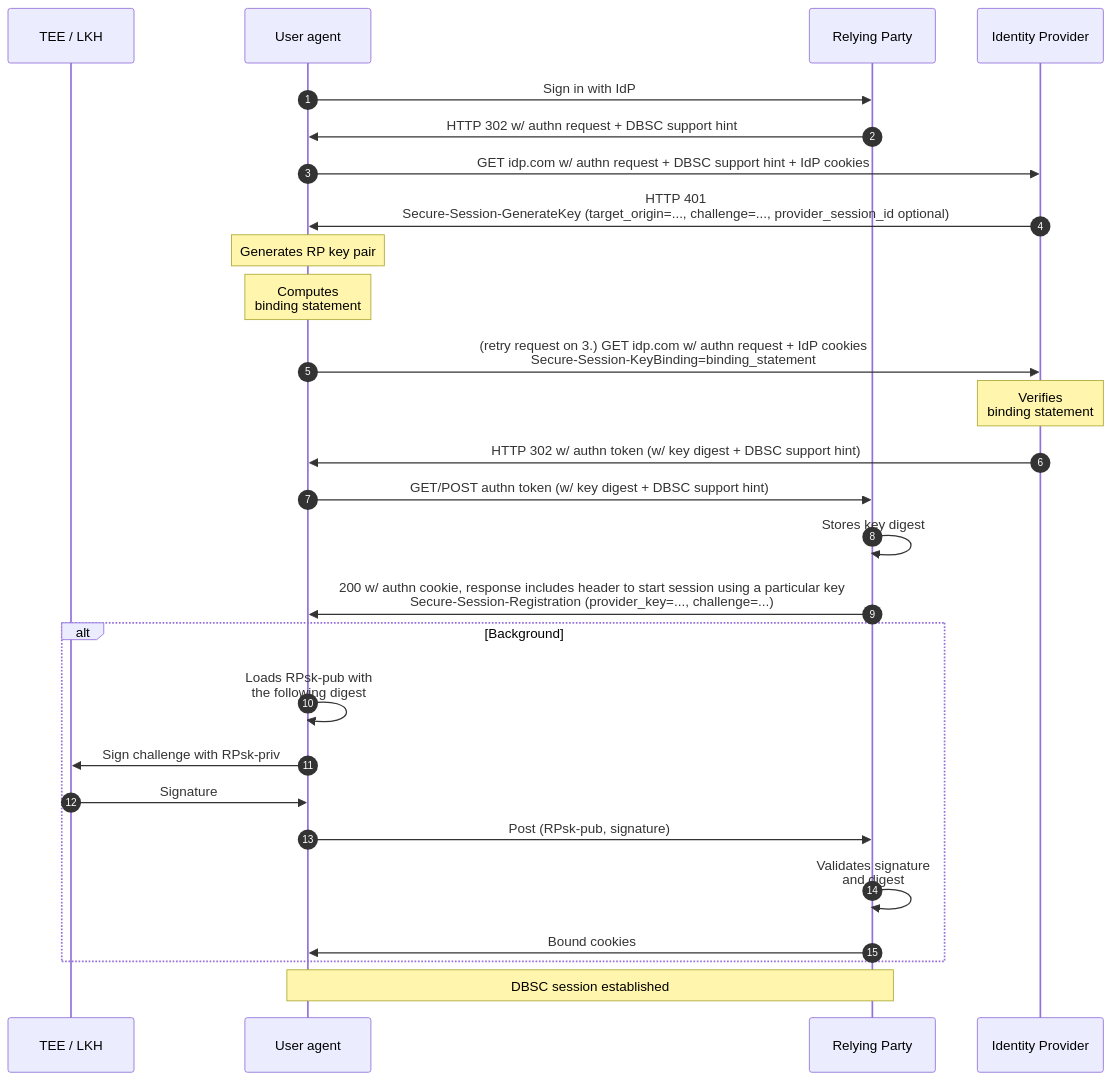
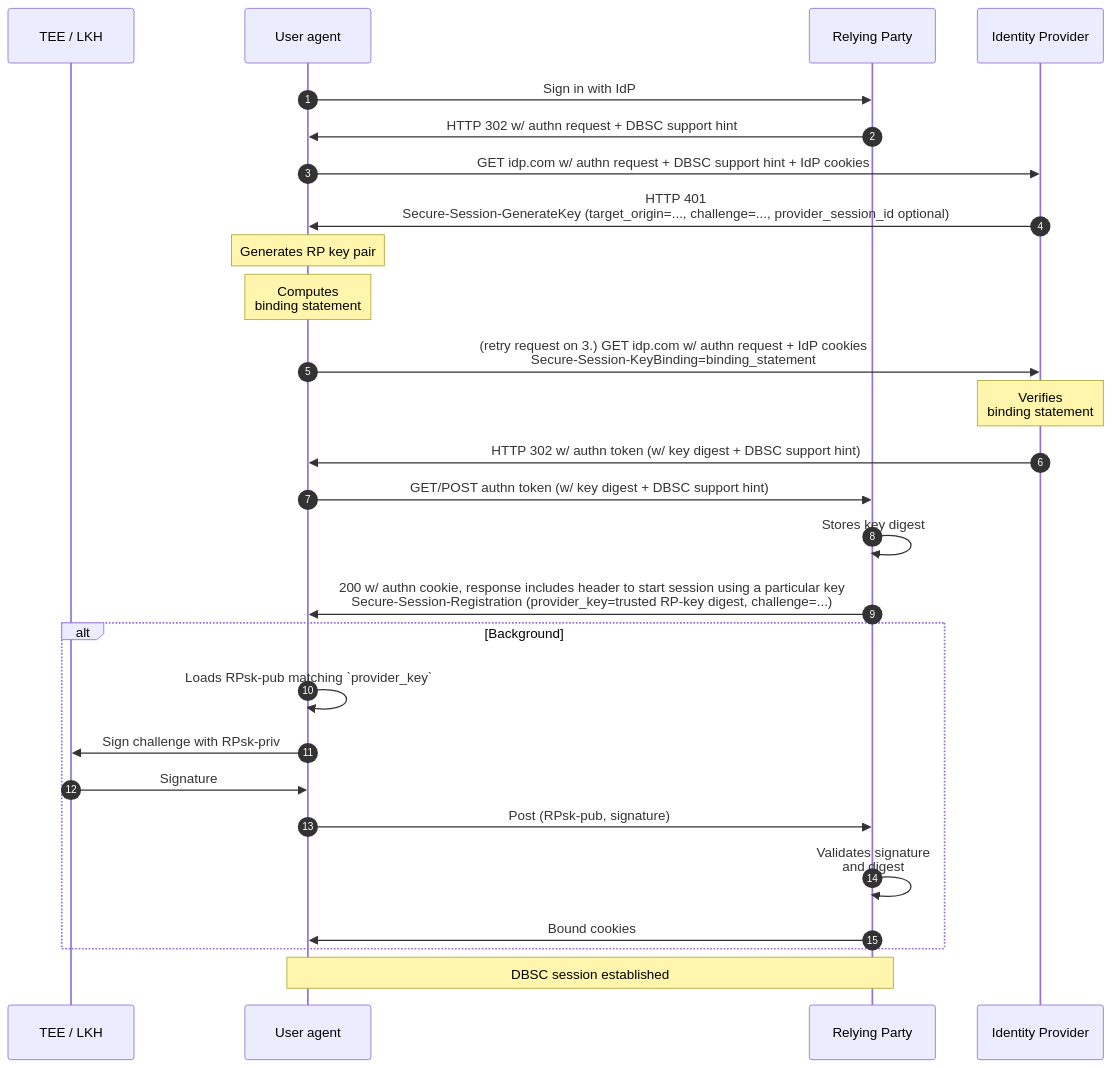
Before and after one commit to WICG/dbsc-sso: the fourth of 4 diagrams in README.md, drawn with Mermaid.

Commit message:
Adjust the RP session registration diagram to make some parts clearer.

````diff
--- a/README.md
+++ b/README.md
@@ -452,31 +452,31 @@
 ```mermaid
 	sequenceDiagram
 		autonumber
 
 		participant t as  TEE / LKH
 		participant  u  as  User  agent
 		participant  r  as  Relying  Party
 		participant  i  as  Identity  Provider
 
 		u->>r: Sign in with IdP
 		r->>u: HTTP 302 w/ authn request + DBSC support hint
 		u->>i: GET idp.com w/ authn request + DBSC support hint + IdP cookies
 		i->>u: HTTP 401<br>Secure-Session-GenerateKey (target_origin=..., challenge=..., provider_session_id optional)
 		note  over  u: Generates RP key pair
 		note  over  u: Computes<br>binding statement
 		u->>i: (retry request on 3.) GET idp.com w/ authn request + IdP cookies<br>Secure-Session-KeyBinding=binding_statement
 		note  over  i: Verifies<br>binding statement
 		i->>u: HTTP 302 w/ authn token (w/ key digest + DBSC support hint)
 		u->>r: GET/POST authn token (w/ key digest + DBSC support hint)
 		r->>r: Stores key digest
-		r->>u: 200 w/ authn cookie, response includes header to start session using a particular key<br>Secure-Session-Registration (provider_key=..., challenge=...)
+		r->>u: 200 w/ authn cookie, response includes header to start session using a particular key<br>Secure-Session-Registration (provider_key=trusted RP-key digest, challenge=...)
 		alt  Background
-			u->>u: Loads RPsk-pub with<br>the following digest
+			u->>u: Loads RPsk-pub matching `provider_key`
 			u->>t: Sign challenge with RPsk-priv
 			t->>u: Signature
 			u->>r: Post (RPsk-pub, signature)
 			r->>r: Validates signature<br>and digest
 			r->>u: Bound cookies
 		end
 		note  over  u, r: DBSC session established
 ```
````
